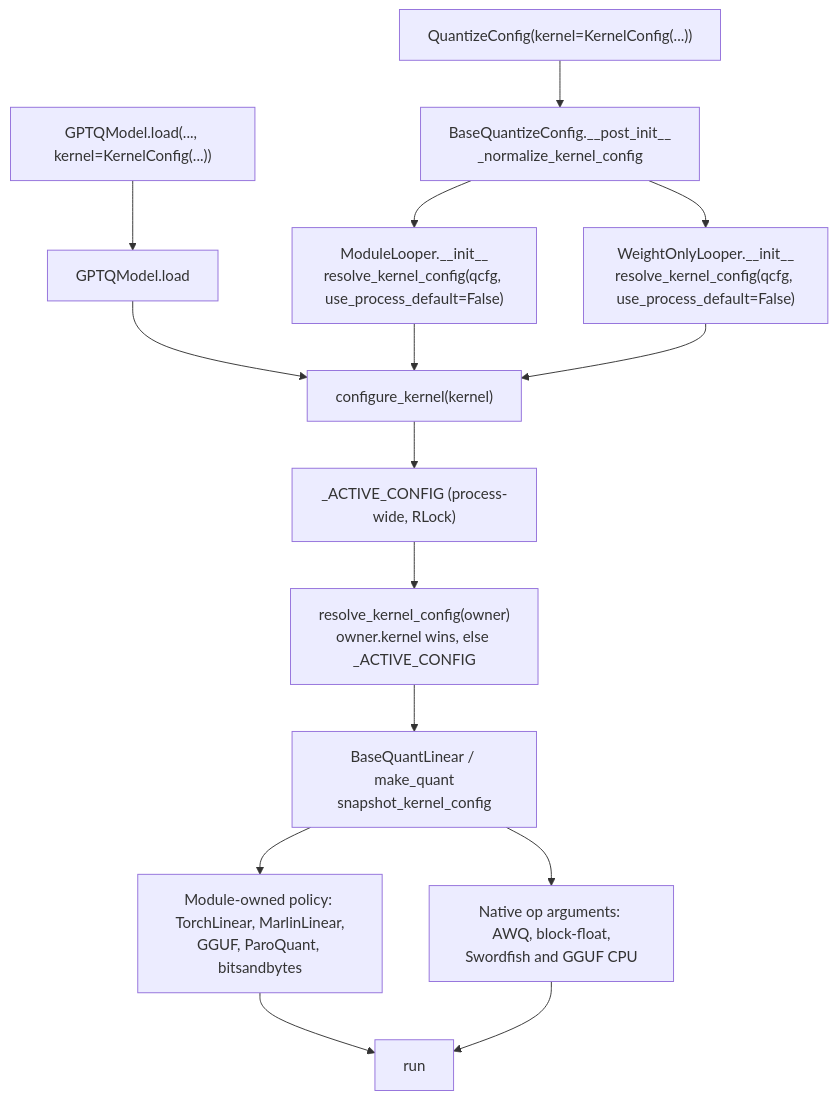
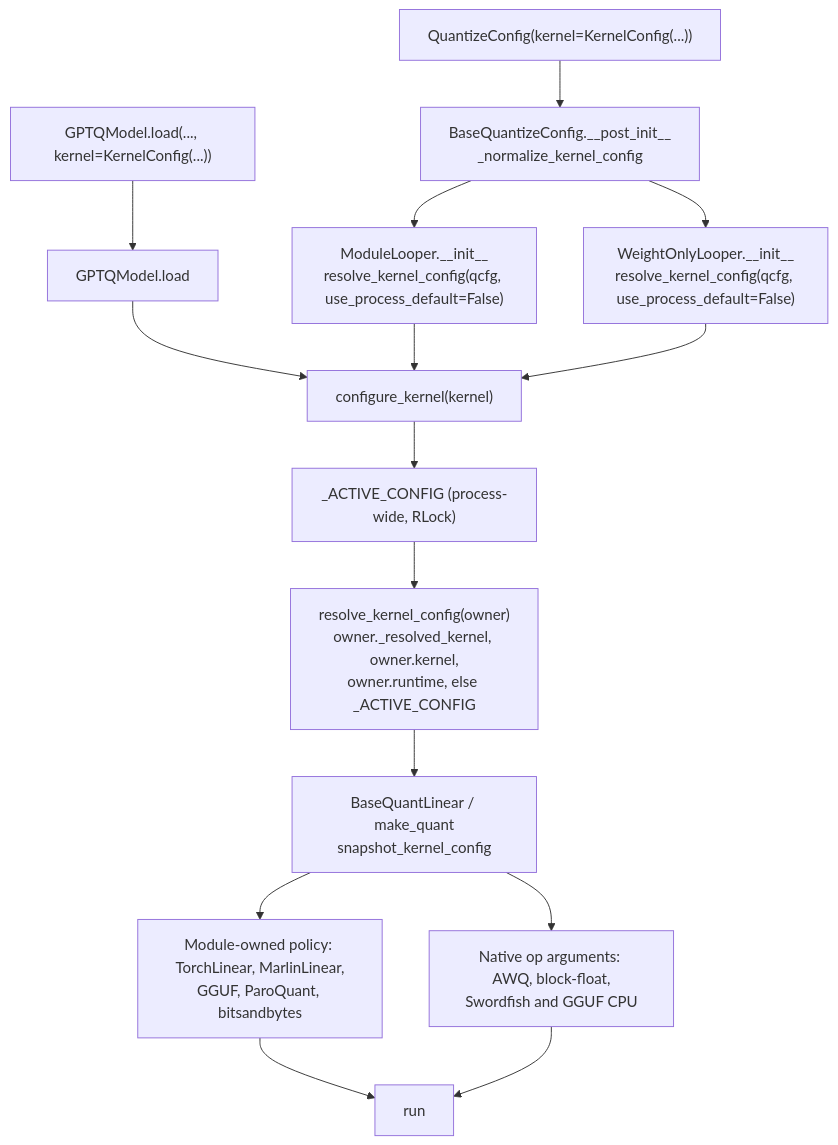
Before and after one commit to ModelCloud/GPTQModel: the first of 2 diagrams in docs/kernel-config.md, drawn with Mermaid. The commit also changed other lines of this file and 22 other files, not shown here.

````diff
--- a/docs/kernel-config.md
+++ b/docs/kernel-config.md
@@ -55,17 +59,17 @@
 ```mermaid
 flowchart TD
     A["QuantizeConfig(kernel=KernelConfig(...))"] --> B["BaseQuantizeConfig.__post_init__<br/>_normalize_kernel_config"]
     C["GPTQModel.load(..., kernel=KernelConfig(...))"] --> D["GPTQModel.load"]
     D --> E["configure_kernel(kernel)"]
     B --> F["ModuleLooper.__init__<br/>resolve_kernel_config(qcfg, use_process_default=False)"]
     B --> G["WeightOnlyLooper.__init__<br/>resolve_kernel_config(qcfg, use_process_default=False)"]
     F --> E
     G --> E
     E --> H["_ACTIVE_CONFIG (process-wide, RLock)"]
-    H --> I["resolve_kernel_config(owner)<br/>owner.kernel wins, else _ACTIVE_CONFIG"]
+    H --> I["resolve_kernel_config(owner)<br/>owner._resolved_kernel, owner.kernel,<br/>owner.runtime, else _ACTIVE_CONFIG"]
     I --> M["BaseQuantLinear / make_quant<br/>snapshot_kernel_config"]
     M --> J["Module-owned policy: TorchLinear, MarlinLinear,<br/>GGUF, ParoQuant, bitsandbytes"]
     M --> K["Native op arguments: AWQ, block-float,<br/>Swordfish and GGUF CPU"]
     J --> L["run"]
     K --> L
 ```
````
